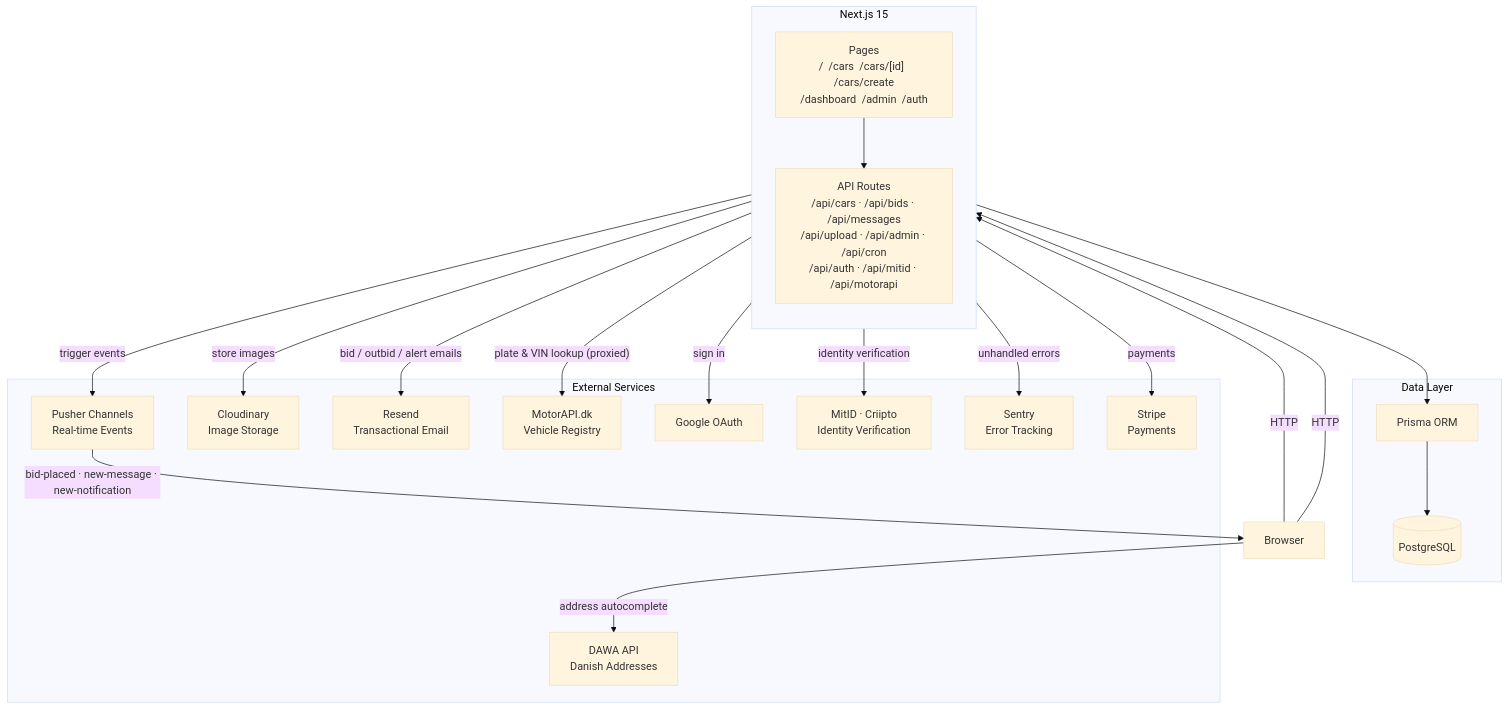
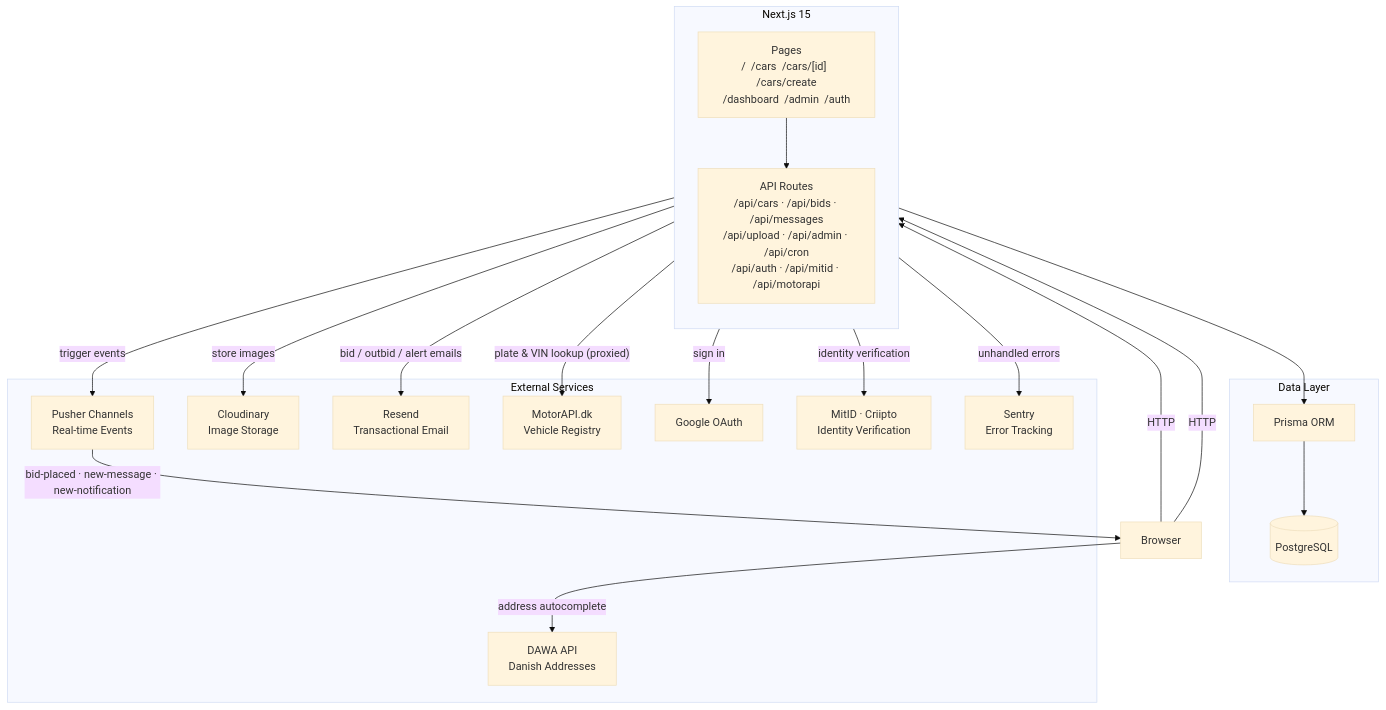
Before and after one commit to JVDZMN/next-auction: the diagram in README.md, drawn with Mermaid (base theme). The commit also changed other lines of this file and 20 other files, not shown here.

````diff
--- a/README.md
+++ b/README.md
@@ -51,45 +51,43 @@
 ```mermaid
 graph TD
     Browser["Browser"]
 
     subgraph nextjs["Next.js 15"]
         direction TB
         Pages["Pages\n/  /cars  /cars/[id]  /cars/create\n/dashboard  /admin  /auth"]
         API["API Routes\n/api/cars · /api/bids · /api/messages\n/api/upload · /api/admin · /api/cron\n/api/auth · /api/mitid · /api/motorapi"]
     end
 
     subgraph data["Data Layer"]
         Prisma["Prisma ORM"]
         DB[("PostgreSQL")]
     end
 
     subgraph external["External Services"]
         Pusher["Pusher Channels\nReal-time Events"]
         Cloudinary["Cloudinary\nImage Storage"]
         Resend["Resend\nTransactional Email"]
         MotorDK["MotorAPI.dk\nVehicle Registry"]
         DAWA["DAWA API\nDanish Addresses"]
         GoogleOAuth["Google OAuth"]
         MitID["MitID · Criipto\nIdentity Verification"]
         Sentry["Sentry\nError Tracking"]
-        Stripe["Stripe\nPayments"]
     end
 
     Browser -- "HTTP" --> Pages
     Browser -- "HTTP" --> API
     Browser -- "address autocomplete" --> DAWA
 
     Pages --> API
     API --> Prisma
     Prisma --> DB
 
     API -- "trigger events" --> Pusher
     Pusher -- "bid-placed · new-message · new-notification" --> Browser
     API -- "store images" --> Cloudinary
     API -- "bid / outbid / alert emails" --> Resend
     API -- "plate & VIN lookup (proxied)" --> MotorDK
     API -- "sign in" --> GoogleOAuth
     API -- "identity verification" --> MitID
     API -- "unhandled errors" --> Sentry
-    API -- "payments" --> Stripe
 ```
````
